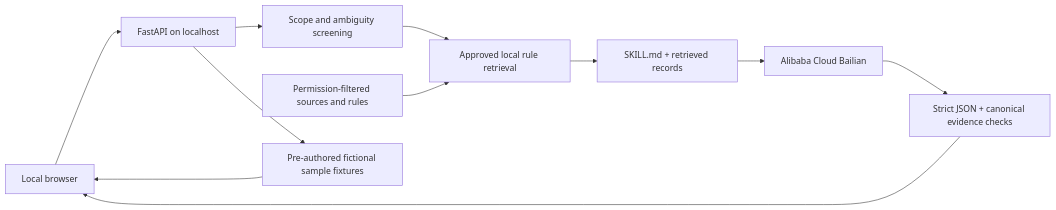
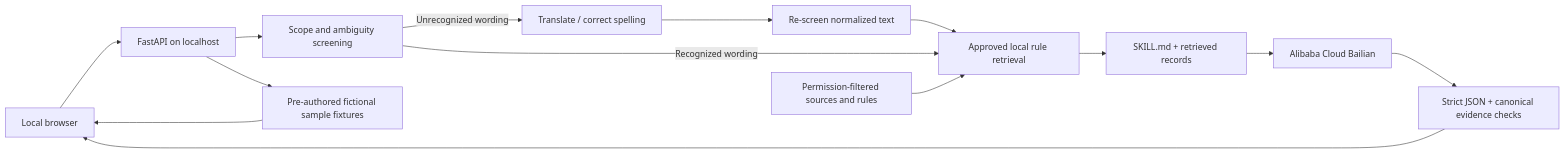
The diagram in docs/architecture.md (pzdmmsd/HKU-Recycling-Helper), drawn with Mermaid before and after one commit. The commit also changed other lines of this file and 11 other files, not shown here.

````diff
--- a/docs/architecture.md
+++ b/docs/architecture.md
@@ -3,13 +3,16 @@
 ```mermaid
 flowchart LR
     Browser[Local browser] --> API[FastAPI on localhost]
     API --> Screen[Scope and ambiguity screening]
-    Screen --> Retrieve[Approved local rule retrieval]
+    Screen -->|Unrecognized wording| Normalize[Translate / correct spelling]
+    Normalize --> Screen2[Re-screen normalized text]
+    Screen2 --> Retrieve[Approved local rule retrieval]
+    Screen -->|Recognized wording| Retrieve
     Sources[Permission-filtered sources and rules] --> Retrieve
     Retrieve --> Prompt[SKILL.md + retrieved records]
     Prompt --> Provider[Alibaba Cloud Bailian]
     Provider --> Validate[Strict JSON + canonical evidence checks]
     Validate --> Browser
     API --> Samples[Pre-authored fictional sample fixtures]
     Samples --> Browser
 ```
````
